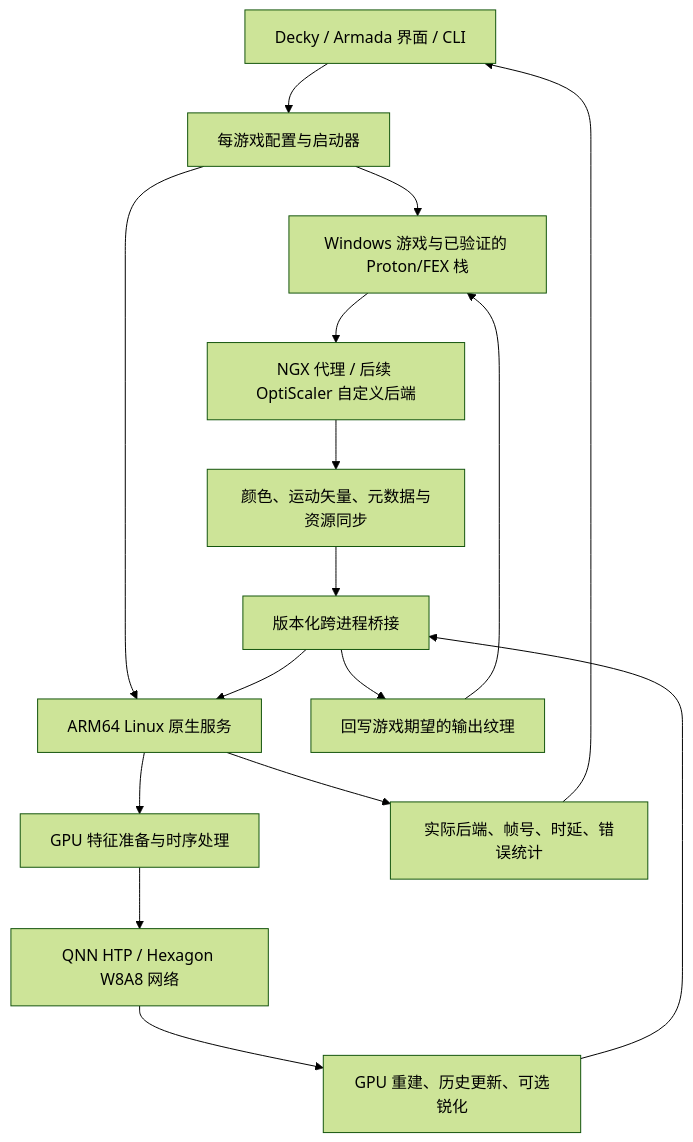
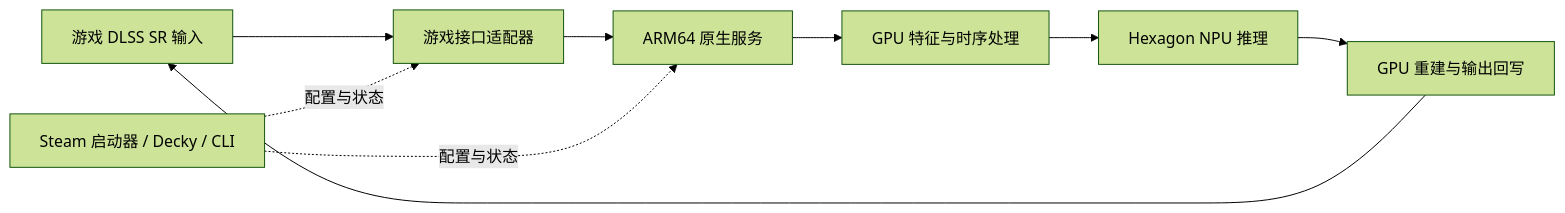
The diagram in README.md (54pkp/Decky-FSR4-to-Hexagon), drawn with Mermaid (forest theme) before and after one commit. The commit also changed other lines of this file and 22 other files, not shown here.

````diff
--- a/README.md
+++ b/README.md
@@ -69,18 +23,11 @@
 ```mermaid
-flowchart TB
-    UI[Decky / Armada 界面 / CLI] --> P[每游戏配置与启动器]
-    P --> G[Windows 游戏与已验证的 Proton/FEX 栈]
-    P --> D[ARM64 Linux 原生服务]
-    G --> H[NGX 代理 / 后续 OptiScaler 自定义后端]
-    H --> C[颜色、运动矢量、元数据与资源同步]
-    C --> B[版本化跨进程桥接]
-    B --> D
-    D --> PRE[GPU 特征准备与时序处理]
-    PRE --> N[QNN HTP / Hexagon W8A8 网络]
-    N --> POST[GPU 重建、历史更新、可选锐化]
-    POST --> B
-    B --> O[回写游戏期望的输出纹理]
-    O --> G
-    D --> T[实际后端、帧号、时延、错误统计]
-    T --> UI
+flowchart LR
+    G[游戏 DLSS SR 输入] --> A[游戏接口适配器]
+    A --> S[ARM64 原生服务]
+    S --> P[GPU 特征与时序处理]
+    P --> N[Hexagon NPU 推理]
+    N --> R[GPU 重建与输出回写]
+    R --> G
+    U[Steam 启动器 / Decky / CLI] -. 配置与状态 .-> A
+    U -. 配置与状态 .-> S
 ```
````
